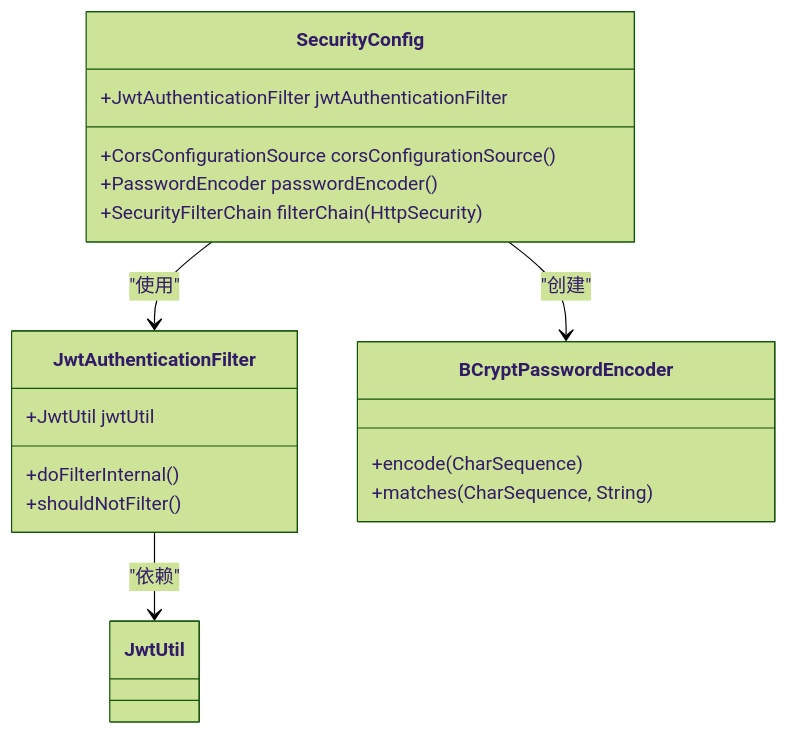
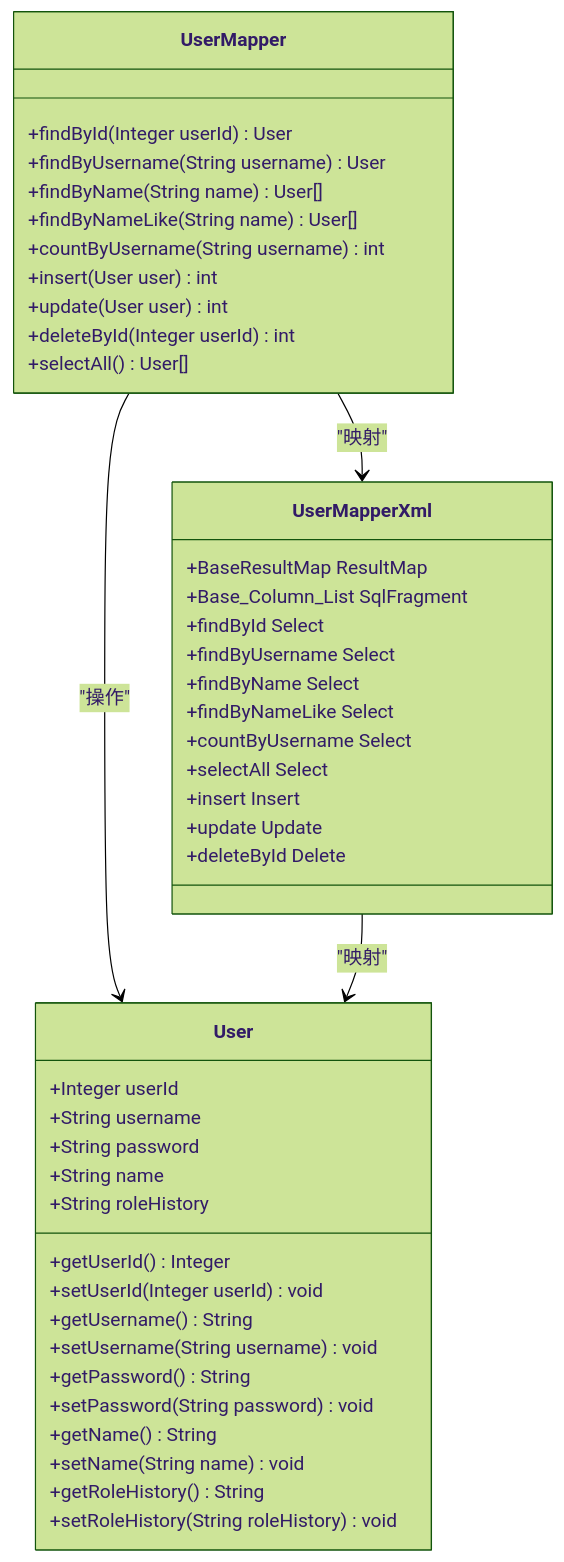
The fifth of 7 diagrams in .qoder/repowiki/zh/content/技术栈与依赖.md (Redmoon-2333/HumanResourceOfficial), drawn with Mermaid (forest theme) before and after one commit. The commit also changed other lines of this file and 60 other files, not shown here.

````diff
--- a/.qoder/repowiki/zh/content/技术栈与依赖.md
+++ b/.qoder/repowiki/zh/content/技术栈与依赖.md
@@ -112,21 +398,47 @@
 ```mermaid
 classDiagram
-class SecurityConfig {
-+JwtAuthenticationFilter jwtAuthenticationFilter
-+CorsConfigurationSource corsConfigurationSource()
-+PasswordEncoder passwordEncoder()
-+SecurityFilterChain filterChain(HttpSecurity)
+class UserMapper {
++findById(Integer userId) User
++findByUsername(String username) User
++findByName(String name) User[]
++findByNameLike(String name) User[]
++countByUsername(String username) int
++insert(User user) int
++update(User user) int
++deleteById(Integer userId) int
++selectAll() User[]
 }
-class JwtAuthenticationFilter {
-+JwtUtil jwtUtil
-+doFilterInternal()
-+shouldNotFilter()
+class User {
++Integer userId
++String username
++String password
++String name
++String roleHistory
++getUserId() Integer
++setUserId(Integer userId) void
++getUsername() String
++setUsername(String username) void
++getPassword() String
++setPassword(String password) void
++getName() String
++setName(String name) void
++getRoleHistory() String
++setRoleHistory(String roleHistory) void
 }
-class BCryptPasswordEncoder {
-+encode(CharSequence)
-+matches(CharSequence, String)
+class UserMapperXml {
++BaseResultMap ResultMap
++Base_Column_List SqlFragment
++findById Select
++findByUsername Select
++findByName Select
++findByNameLike Select
++countByUsername Select
++selectAll Select
++insert Insert
++update Update
++deleteById Delete
 }
-SecurityConfig --> JwtAuthenticationFilter : "使用"
-SecurityConfig --> BCryptPasswordEncoder : "创建"
-JwtAuthenticationFilter --> JwtUtil : "依赖"
+UserMapper --> User : "操作"
+UserMapper --> UserMapperXml : "映射"
+UserMapperXml --> User : "映射"
 ```
````
